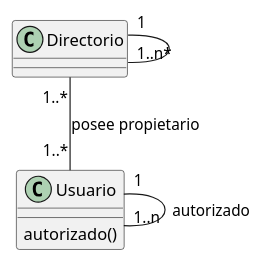
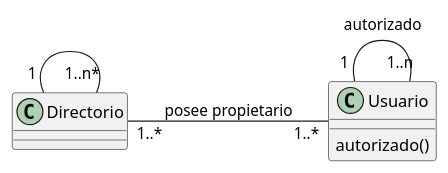
One commit to SandraLucioni/EntornosDeDesarrollo changed the diagram in homeworkOne/puml/sistemaOperativo.puml. Above: the diagram before and after it, drawn with PlantUML. The commit also changed 11 other files, not shown here.

```diff
--- a/homeworkOne/puml/sistemaOperativo.puml
+++ b/homeworkOne/puml/sistemaOperativo.puml
@@ -1,14 +1,17 @@
-@startuml
+@startuml sistema operativo
 'https://plantuml.com/class-diagram
+
+left to right direction
+skinparam classAttributeIconSize 0
 
 class Directorio{
 }
 class Usuario{
 autorizado()
 }
 
 Directorio "1" -- "1..n*"Directorio
 Directorio "1..*" -- "1..*" Usuario : posee propietario
 Usuario "1" -- "1..n" Usuario : autorizado
 
 @enduml
```
